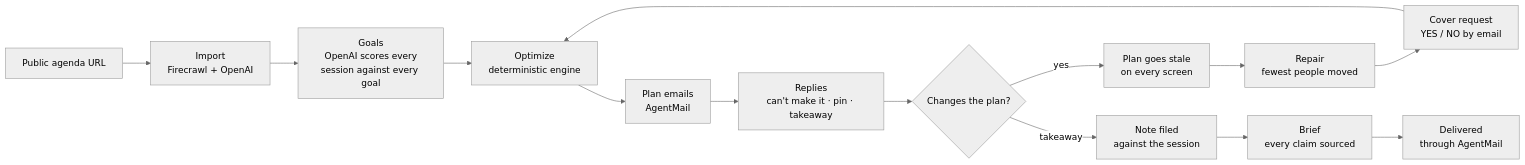
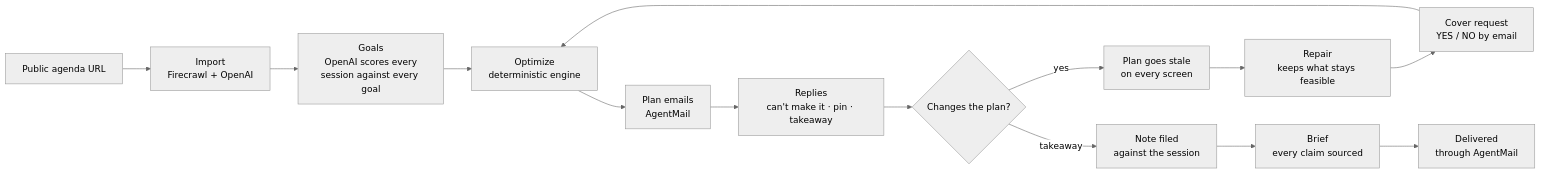
The first of 7 diagrams in README.md (Enoch208/parallel), drawn with Mermaid (neutral theme) before and after one commit. The commit also changed other lines of this file and 1 other file, not shown here.

First line of the commit message:
docs: describe repair and the verified run exactly as the code does

````diff
--- a/README.md
+++ b/README.md
@@ -71,16 +72,16 @@
 ```mermaid
 flowchart LR
     A["Public agenda URL"] --> B["Import<br/>Firecrawl + OpenAI"]
     B --> C["Goals<br/>OpenAI scores every<br/>session against every goal"]
     C --> D["Optimize<br/>deterministic engine"]
     D --> E["Plan emails<br/>AgentMail"]
     E --> F["Replies<br/>can't make it · pin · takeaway"]
     F --> G{"Changes the plan?"}
     G -- "yes" --> H["Plan goes stale<br/>on every screen"]
-    H --> I["Repair<br/>fewest people moved"]
+    H --> I["Repair<br/>keeps what stays feasible"]
     I --> J["Cover request<br/>YES / NO by email"]
     J --> D
     G -- "takeaway" --> K["Note filed<br/>against the session"]
     K --> L["Brief<br/>every claim sourced"]
     L --> M["Delivered<br/>through AgentMail"]
 ```
````
